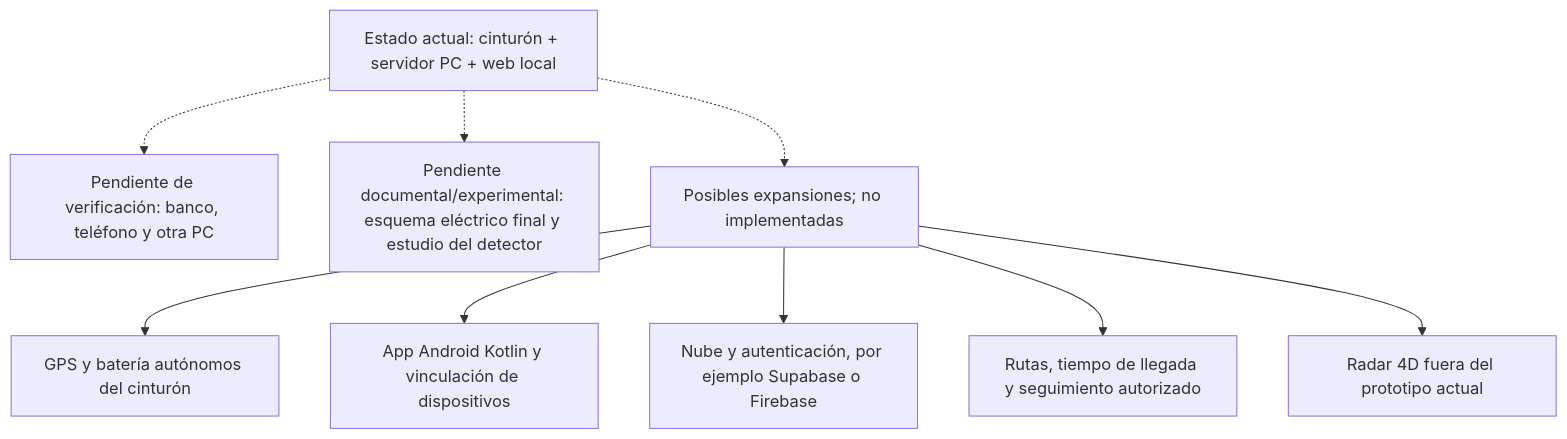
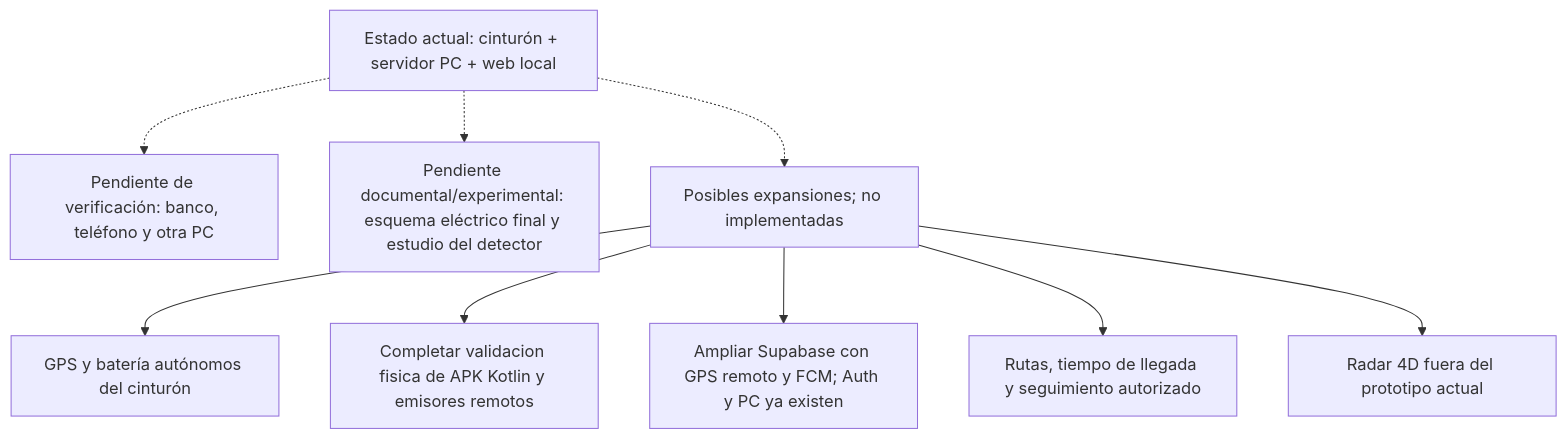
Before and after one commit to hfreedo/SFA-Asistencia-Anticaidas: the third of 3 diagrams in docs/MAPA_MAESTRO.md, drawn with Mermaid. The commit also changed other lines of this file and 94 other files, not shown here.

Commit message:
Integra geocerca con incertidumbre, centro PC y prototipo Android; documenta evidencia y limites

````diff
--- a/docs/MAPA_MAESTRO.md
+++ b/docs/MAPA_MAESTRO.md
@@ -187,12 +192,12 @@
 ```mermaid
 flowchart TD
     Actual["Estado actual: cinturón + servidor PC + web local"]
     Actual -.-> Validar["Pendiente de verificación: banco, teléfono y otra PC"]
     Actual -.-> Tesis["Pendiente documental/experimental: esquema eléctrico final y estudio del detector"]
     Actual -.-> Futuro["Posibles expansiones; no implementadas"]
     Futuro --> GPS["GPS y batería autónomos del cinturón"]
-    Futuro --> App["App Android Kotlin y vinculación de dispositivos"]
-    Futuro --> Nube["Nube y autenticación, por ejemplo Supabase o Firebase"]
+    Futuro --> App["Completar validacion fisica de APK Kotlin y emisores remotos"]
+    Futuro --> Nube["Ampliar Supabase con GPS remoto y FCM; Auth y PC ya existen"]
     Futuro --> Rutas["Rutas, tiempo de llegada y seguimiento autorizado"]
     Futuro --> Radar["Radar 4D fuera del prototipo actual"]
 ```
````
